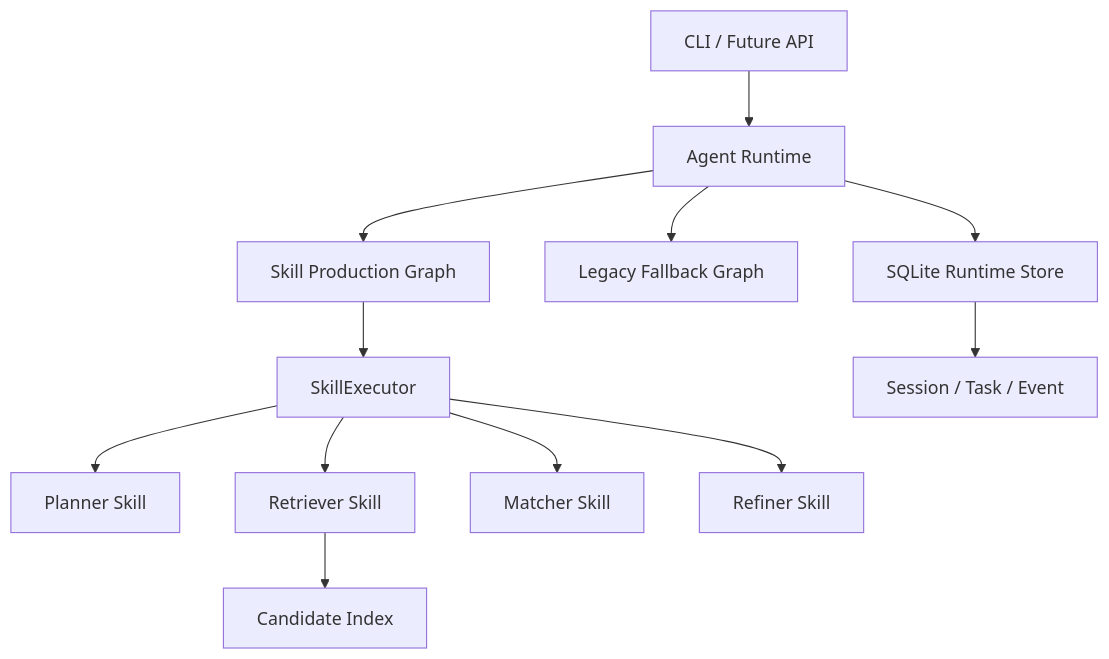
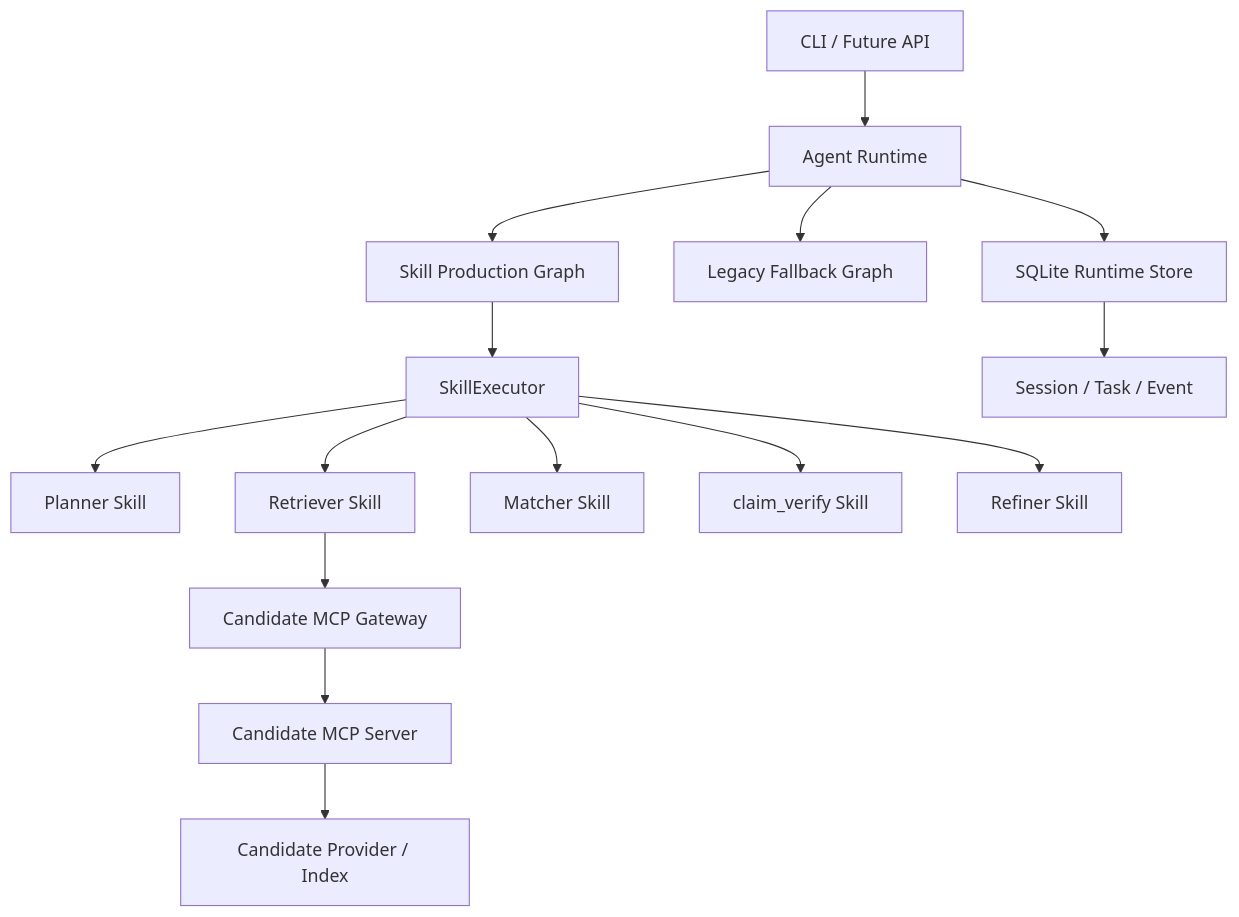
The diagram in README.md (Sunyike11/recruit-agent-runtime), drawn with Mermaid before and after one commit. The commit also changed other lines of this file and 12 other files, not shown here.

Commit message:
feat: add real candidate MCP integration

````diff
--- a/README.md
+++ b/README.md
@@ -33,16 +35,19 @@
 ```mermaid
 flowchart TD
     A[CLI / Future API] --> B[Agent Runtime]
     B --> C[Skill Production Graph]
     B --> D[Legacy Fallback Graph]
 
     C --> E[SkillExecutor]
     E --> F[Planner Skill]
     E --> G[Retriever Skill]
     E --> H[Matcher Skill]
-    E --> I[Refiner Skill]
+    E --> I[claim_verify Skill]
+    E --> R[Refiner Skill]
 
-    G --> J[Candidate Index]
+    G --> M[Candidate MCP Gateway]
+    M --> N[Candidate MCP Server]
+    N --> J[Candidate Provider / Index]
     B --> K[SQLite Runtime Store]
     K --> L[Session / Task / Event]
 ```
````
